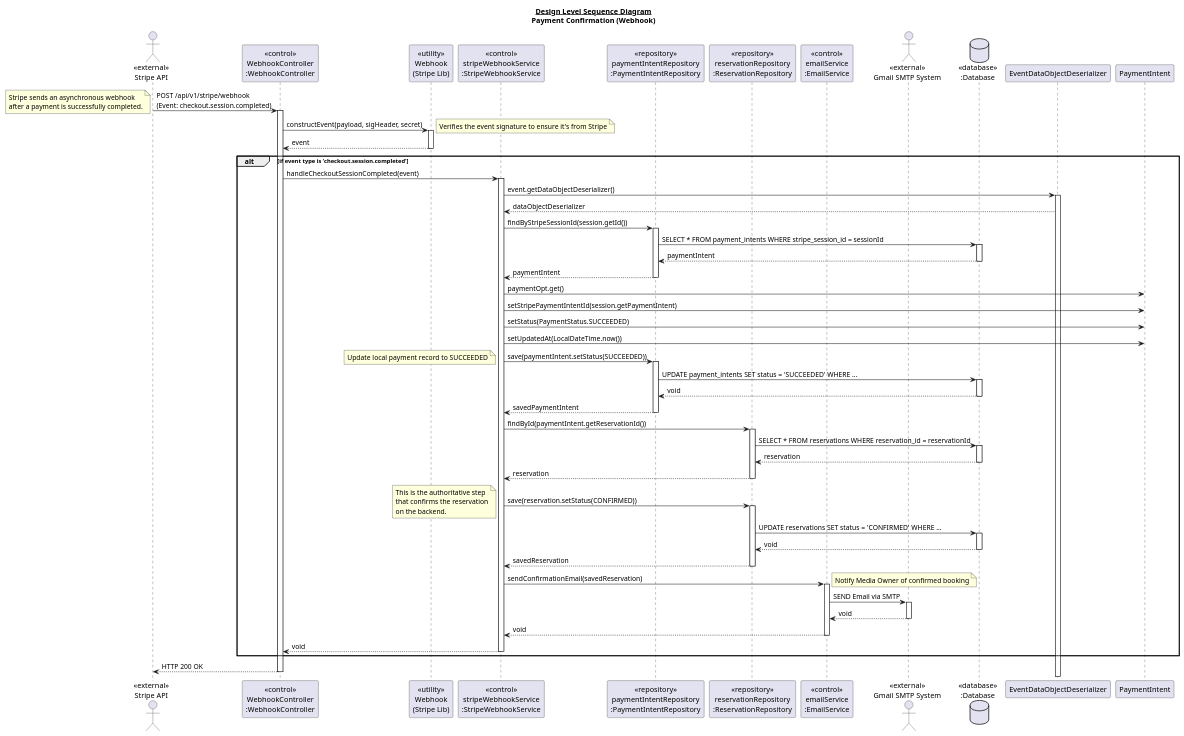
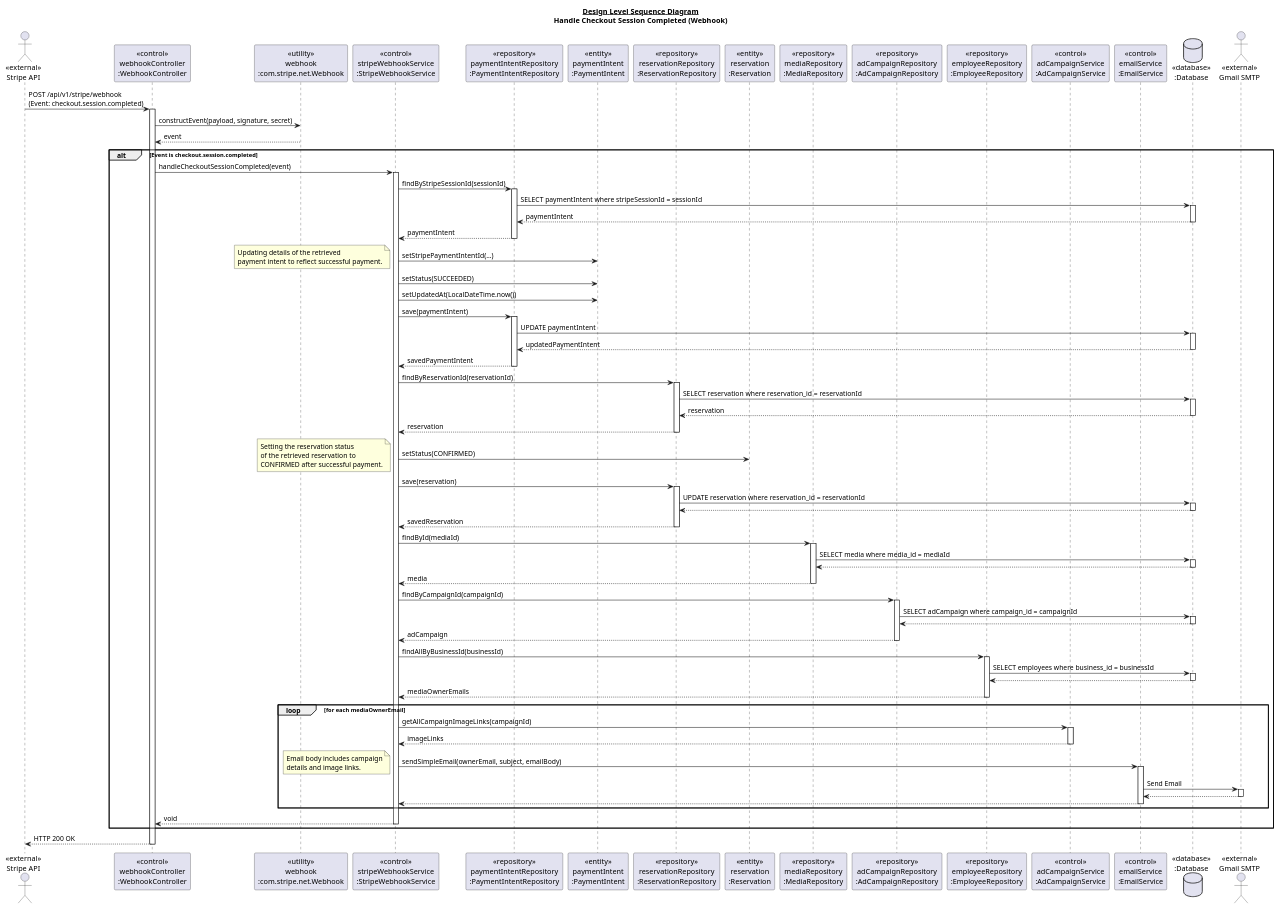
Before and after one commit to anvsult/envision-ad: the diagram in docs/diagrams/sequence diagrams/design-level/publish-ad-campaign-DLSD-webhook.puml, drawn with PlantUML. The commit also changed 1 other file, not shown here.

```diff
--- a/docs/diagrams/sequence diagrams/design-level/publish-ad-campaign-DLSD-webhook.puml
+++ b/docs/diagrams/sequence diagrams/design-level/publish-ad-campaign-DLSD-webhook.puml
@@ -1,127 +1,160 @@
 @startuml
-title <u>Design Level Sequence Diagram</u>\nPayment Confirmation (Webhook)
+
+title <u>Design Level Sequence Diagram</u>\nHandle Checkout Session Completed (Webhook)
 
 actor "<<external>>\nStripe API" as StripeAPI
-participant "<<control>>\nWebhookController\n:WebhookController" as WebhookController
-participant "<<utility>>\nWebhook\n(Stripe Lib)" as StripeWebhookUtil
-participant "<<control>>\nstripeWebhookService\n:StripeWebhookService" as StripeWebhookService
-participant "<<repository>>\npaymentIntentRepository\n:PaymentIntentRepository" as PaymentIntentRepo
+
+participant "<<control>>\nwebhookController\n:WebhookController" as Controller
+participant "<<utility>>\nwebhook\n:com.stripe.net.Webhook" as StripeUtil
+participant "<<control>>\nstripeWebhookService\n:StripeWebhookService" as Service
+
+participant "<<repository>>\npaymentIntentRepository\n:PaymentIntentRepository" as PaymentRepo
+participant "<<entity>>\npaymentIntent\n:PaymentIntent" as Payment
+
 participant "<<repository>>\nreservationRepository\n:ReservationRepository" as ReservationRepo
+participant "<<entity>>\nreservation\n:Reservation" as Reservation
+
+participant "<<repository>>\nmediaRepository\n:MediaRepository" as MediaRepo
+participant "<<repository>>\nadCampaignRepository\n:AdCampaignRepository" as CampaignRepo
+participant "<<repository>>\nemployeeRepository\n:EmployeeRepository" as EmployeeRepo
+
+participant "<<control>>\nadCampaignService\n:AdCampaignService" as CampaignService
 participant "<<control>>\nemailService\n:EmailService" as EmailService
-actor "<<external>>\nGmail SMTP System" as GmailAPI
+
 database "<<database>>\n:Database" as DB
+actor "<<external>>\nGmail SMTP" as GmailAPI
 
-StripeAPI -> WebhookController: POST /api/v1/stripe/webhook\n(Event: checkout.session.completed)
-activate WebhookController
-note left
-    Stripe sends an asynchronous webhook
-    after a payment is successfully completed.
-end note
 
-WebhookController -> StripeWebhookUtil: constructEvent(payload, sigHeader, secret)
-activate StripeWebhookUtil
-note right: Verifies the event signature to ensure it's from Stripe
-StripeWebhookUtil --> WebhookController: event
-deactivate StripeWebhookUtil
+StripeAPI -> Controller: POST /api/v1/stripe/webhook\n(Event: checkout.session.completed)
+activate Controller
 
-alt if event type is 'checkout.session.completed'
-    WebhookController -> StripeWebhookService: handleCheckoutSessionCompleted(event)
-    activate StripeWebhookService
+Controller -> StripeUtil: constructEvent(payload, signature, secret)
+StripeUtil --> Controller: event
 
-    StripeWebhookService -> EventDataObjectDeserializer: event.getDataObjectDeserializer()
-    activate EventDataObjectDeserializer
-    EventDataObjectDeserializer --> StripeWebhookService: dataObjectDeserializer
+alt Event is checkout.session.completed
+
+    Controller -> Service: handleCheckoutSessionCompleted(event)
+    activate Service
+
+    Service -> PaymentRepo: findByStripeSessionId(sessionId)
+    activate PaymentRepo
+    PaymentRepo -> DB: SELECT paymentIntent where stripeSessionId = sessionId
+    activate DB
+    DB --> PaymentRepo: paymentIntent
+    deactivate DB
+    PaymentRepo --> Service: paymentIntent
+    deactivate PaymentRepo
+
+    Service -> Payment: setStripePaymentIntentId(...)
+    note left
+        Updating details of the retrieved
+        payment intent to reflect successful payment.
+    end note
+    Service -> Payment: setStatus(SUCCEEDED)
+    Service -> Payment: setUpdatedAt(LocalDateTime.now())
+
+
+    Service -> PaymentRepo: save(paymentIntent)
+    activate PaymentRepo
+    PaymentRepo -> DB: UPDATE paymentIntent
+    activate DB
+    DB --> PaymentRepo: updatedPaymentIntent
+    deactivate DB
+    PaymentRepo --> Service: savedPaymentIntent
+    deactivate PaymentRepo
+
+'    Service -> Service: updateReservationStatus(reservationId, ReservationStatus.CONFIRMED)
+'    activate Service
+'    note left of Service #aqua
+'      The following sequence details the logic
+'      inside the 'updateReservationStatus' method.
+'    end note
 
 
 
 
-    StripeWebhookService -> PaymentIntentRepo: findByStripeSessionId(session.getId())
-    activate PaymentIntentRepo
-    PaymentIntentRepo -> DB: SELECT * FROM payment_intents WHERE stripe_session_id = sessionId
-    activate DB
-    DB --> PaymentIntentRepo: paymentIntent
-    deactivate DB
-    PaymentIntentRepo --> StripeWebhookService: paymentIntent
-    deactivate PaymentIntentRepo
-
-    StripeWebhookService -> PaymentIntent: paymentOpt.get()
-    StripeWebhookService -> PaymentIntent: setStripePaymentIntentId(session.getPaymentIntent)
-    StripeWebhookService -> PaymentIntent: setStatus(PaymentStatus.SUCCEEDED)
-    StripeWebhookService -> PaymentIntent: setUpdatedAt(LocalDateTime.now())
-
-'    StripeWebhookService -> PaymentIntentRepo: save(payment)
-'    activate PaymentIntentRepo
-'    PaymentIntentRepo -> DB: UPDATE payment_intents SET stripe_payment_intent_id = ..., status = 'SUCCEEDED', updated_at = ... WHERE ...
-'    activate DB
-'    DB --> PaymentIntentRepo: savedPaymentIntent
-'    deactivate DB
-'    PaymentIntentRepo --> StripeWebhookService: savedPaymentIntent
-'    deactivate PaymentIntentRepo
-'
-'    StripeWebhookService -> StripeWebhookService: updateReservationStatus(reservationId, newStatus)
-'
-'    StripeWebhookService -> ReservationRepo: findByReservationId(reservationId)
-'    activate ReservationRepo
-'    ReservationRepo -> DB: SELECT * FROM reservations WHERE reservation_id = reservationId
-'    activate DB
-'    DB --> ReservationRepo: reservation
-'    deactivate DB
-'    ReservationRepo --> StripeWebhookService: reservationOpt
-'    deactivate ReservationRepo
-'
-'    StripeWebhookService -> Reservation: reservationOpt.get()
-'    activate Reservation
-'    StripeWebhookService -> Reservation: setStatus(newStatus))
-'
-
-    StripeWebhookService -> PaymentIntentRepo: save(paymentIntent.setStatus(SUCCEEDED))
-    note left: Update local payment record to SUCCEEDED
-    activate PaymentIntentRepo
-    PaymentIntentRepo -> DB: UPDATE payment_intents SET status = 'SUCCEEDED' WHERE ...
-    activate DB
-    DB --> PaymentIntentRepo: void
-    deactivate DB
-    PaymentIntentRepo --> StripeWebhookService: savedPaymentIntent
-    deactivate PaymentIntentRepo
-
-    StripeWebhookService -> ReservationRepo: findById(paymentIntent.getReservationId())
+    Service -> ReservationRepo: findByReservationId(reservationId)
     activate ReservationRepo
-    ReservationRepo -> DB: SELECT * FROM reservations WHERE reservation_id = reservationId
+    ReservationRepo -> DB: SELECT reservation where reservation_id = reservationId
     activate DB
     DB --> ReservationRepo: reservation
     deactivate DB
-    ReservationRepo --> StripeWebhookService: reservation
+    ReservationRepo --> Service: reservation
     deactivate ReservationRepo
 
-    StripeWebhookService -> ReservationRepo: save(reservation.setStatus(CONFIRMED))
+    Service -> Reservation: setStatus(CONFIRMED)
+
     note left
-        This is the authoritative step
-        that confirms the reservation
-        on the backend.
+      Setting the reservation status
+      of the retrieved reservation to
+      CONFIRMED after successful payment.
     end note
+
+    Service -> ReservationRepo: save(reservation)
     activate ReservationRepo
-    ReservationRepo -> DB: UPDATE reservations SET status = 'CONFIRMED' WHERE ...
+    ReservationRepo -> DB: UPDATE reservation where reservation_id = reservationId
     activate DB
-    DB --> ReservationRepo: void
+    DB --> ReservationRepo
     deactivate DB
-    ReservationRepo --> StripeWebhookService: savedReservation
+    ReservationRepo --> Service: savedReservation
     deactivate ReservationRepo
 
-    StripeWebhookService -> EmailService: sendConfirmationEmail(savedReservation)
-    activate EmailService
-    note right: Notify Media Owner of confirmed booking
-    EmailService -> GmailAPI: SEND Email via SMTP
-    activate GmailAPI
-    GmailAPI --> EmailService: void
-    deactivate GmailAPI
-    EmailService --> StripeWebhookService: void
-    deactivate EmailService
+    Service -> MediaRepo: findById(mediaId)
+    activate MediaRepo
+    MediaRepo -> DB: SELECT media where media_id = mediaId
+    activate DB
+    DB --> MediaRepo
+    deactivate DB
+    MediaRepo --> Service: media
+    deactivate MediaRepo
 
-StripeWebhookService --> WebhookController: void
-deactivate StripeWebhookService
+    Service -> CampaignRepo: findByCampaignId(campaignId)
+    activate CampaignRepo
+    CampaignRepo -> DB: SELECT adCampaign where campaign_id = campaignId
+    activate DB
+    DB --> CampaignRepo
+    deactivate DB
+    CampaignRepo --> Service: adCampaign
+    deactivate CampaignRepo
+
+    Service -> EmployeeRepo: findAllByBusinessId(businessId)
+    activate EmployeeRepo
+    EmployeeRepo -> DB: SELECT employees where business_id = businessId
+    activate DB
+    DB --> EmployeeRepo
+    deactivate DB
+    EmployeeRepo --> Service: mediaOwnerEmails
+    deactivate EmployeeRepo
+
+    loop for each mediaOwnerEmail
+
+        Service -> CampaignService: getAllCampaignImageLinks(campaignId)
+        activate CampaignService
+        CampaignService --> Service: imageLinks
+        deactivate CampaignService
+
+        Service -> EmailService: sendSimpleEmail(ownerEmail, subject, emailBody)
+        note left
+            Email body includes campaign
+            details and image links.
+        end note
+        activate EmailService
+        EmailService -> GmailAPI: Send Email
+        activate GmailAPI
+        GmailAPI --> EmailService
+        deactivate GmailAPI
+        EmailService --> Service
+        deactivate EmailService
+'        deactivate Service
+
+    end
+
+    Service --> Controller: void
+    deactivate Service
+
 end
 
-WebhookController --> StripeAPI: HTTP 200 OK
-deactivate WebhookController
+Controller --> StripeAPI: HTTP 200 OK
+deactivate Controller
 
 @enduml
```
